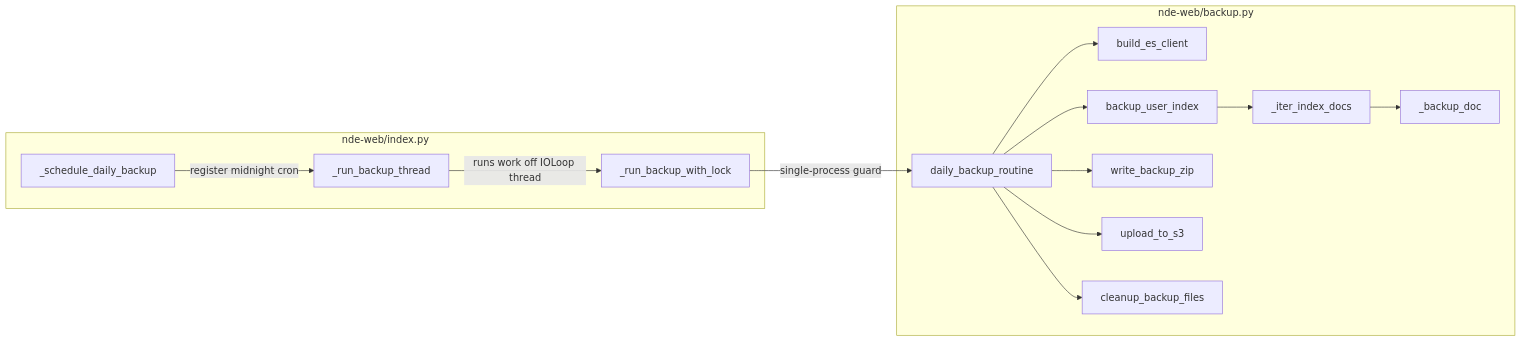
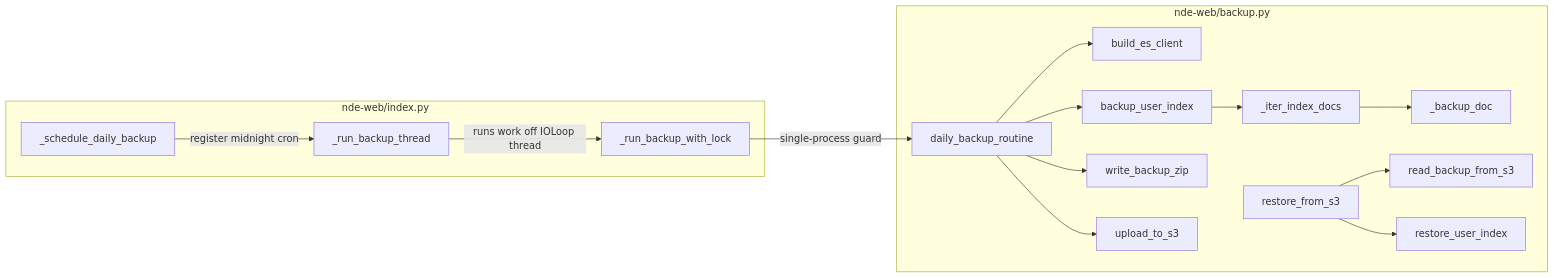
Before and after one commit to NIAID-Data-Ecosystem/nde-discovery-api: the second of 3 diagrams in docs/daily_s3_backup_workflow.md, drawn with Mermaid. The commit also changed other lines of this file and 3 other files, not shown here.

Commit message:
Add user profile backup restore support

````diff
--- a/docs/daily_s3_backup_workflow.md
+++ b/docs/daily_s3_backup_workflow.md
@@ -37,30 +37,33 @@
 ```mermaid
 flowchart LR
     subgraph Scheduler["nde-web/index.py"]
         A["_schedule_daily_backup"]
         B["_run_backup_thread"]
         C["_run_backup_with_lock"]
     end
 
     subgraph Backup["nde-web/backup.py"]
         D["daily_backup_routine"]
         E["build_es_client"]
         F["backup_user_index"]
         G["_iter_index_docs"]
         H["_backup_doc"]
         I["write_backup_zip"]
         J["upload_to_s3"]
-        K["cleanup_backup_files"]
+        K["read_backup_from_s3"]
+        L["restore_user_index"]
+        M["restore_from_s3"]
     end
 
     A -->|"register midnight cron"| B
     B -->|"runs work off IOLoop thread"| C
     C -->|"single-process guard"| D
     D --> E
     D --> F
     F --> G
     G --> H
     D --> I
     D --> J
-    D --> K
+    M --> K
+    M --> L
 ```
````
